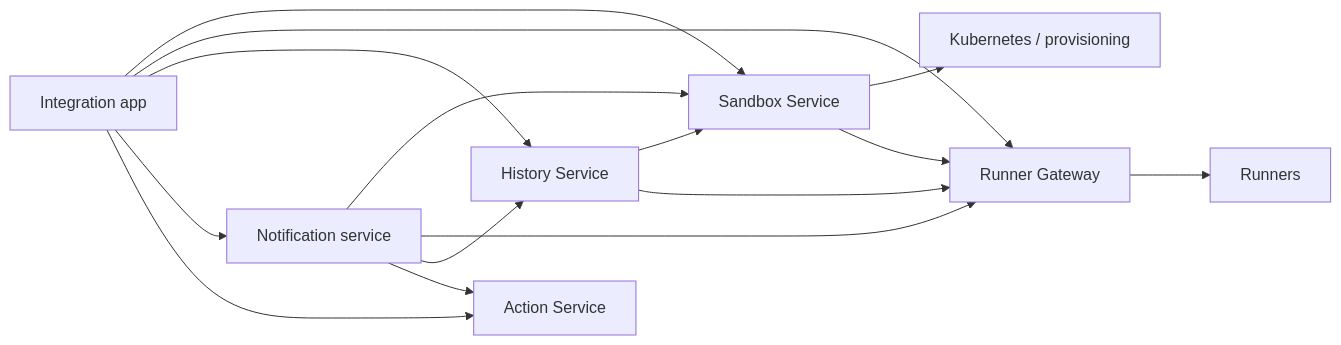
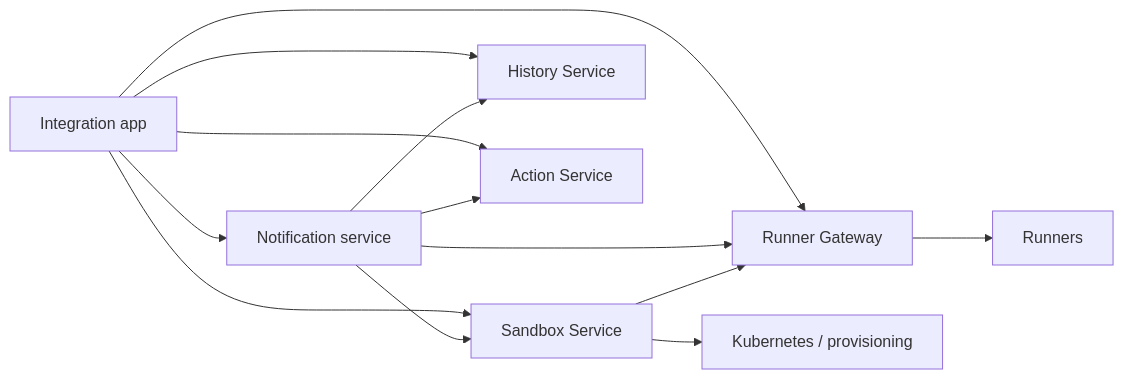
One commit to agentydragon-agent/ducktape changed the diagram in agentplane/docs/service_boundaries.md. Above: the diagram before and after it, drawn with Mermaid. The commit also changed other lines of this file and 19 other files, not shown here.

````diff
--- a/agentplane/docs/service_boundaries.md
+++ b/agentplane/docs/service_boundaries.md
@@ -11,17 +11,15 @@
 ```mermaid
 flowchart LR
     App[Integration app] --> Sandbox[Sandbox Service]
     App --> Gateway[Runner Gateway]
     App --> History[History Service]
-    History --> Sandbox
-    History --> Gateway
     App --> Notifications[Notification service]
     App --> Actions[Action Service]
     Notifications --> Sandbox
     Notifications --> Gateway
     Notifications --> History
     Notifications --> Actions
     Sandbox --> Kubernetes[Kubernetes / provisioning]
     Sandbox --> Gateway
     Gateway --> Runners[Runners]
 ```
````
